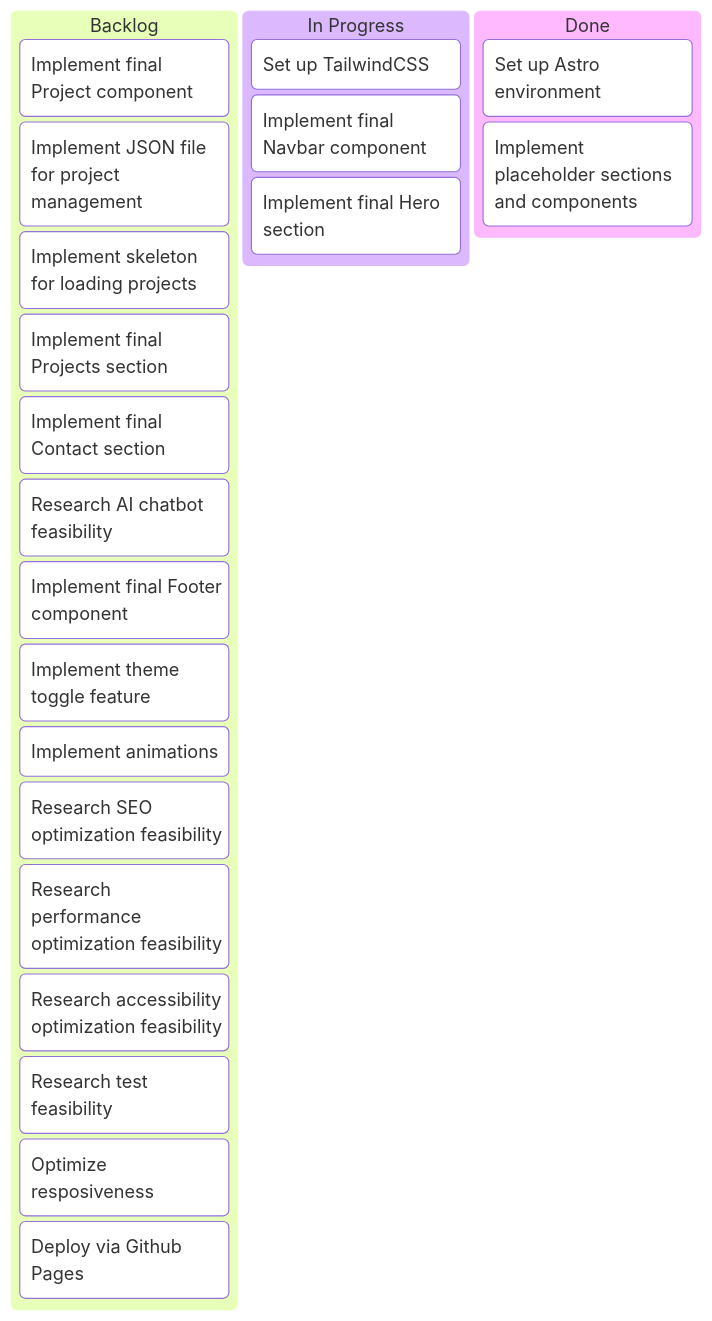
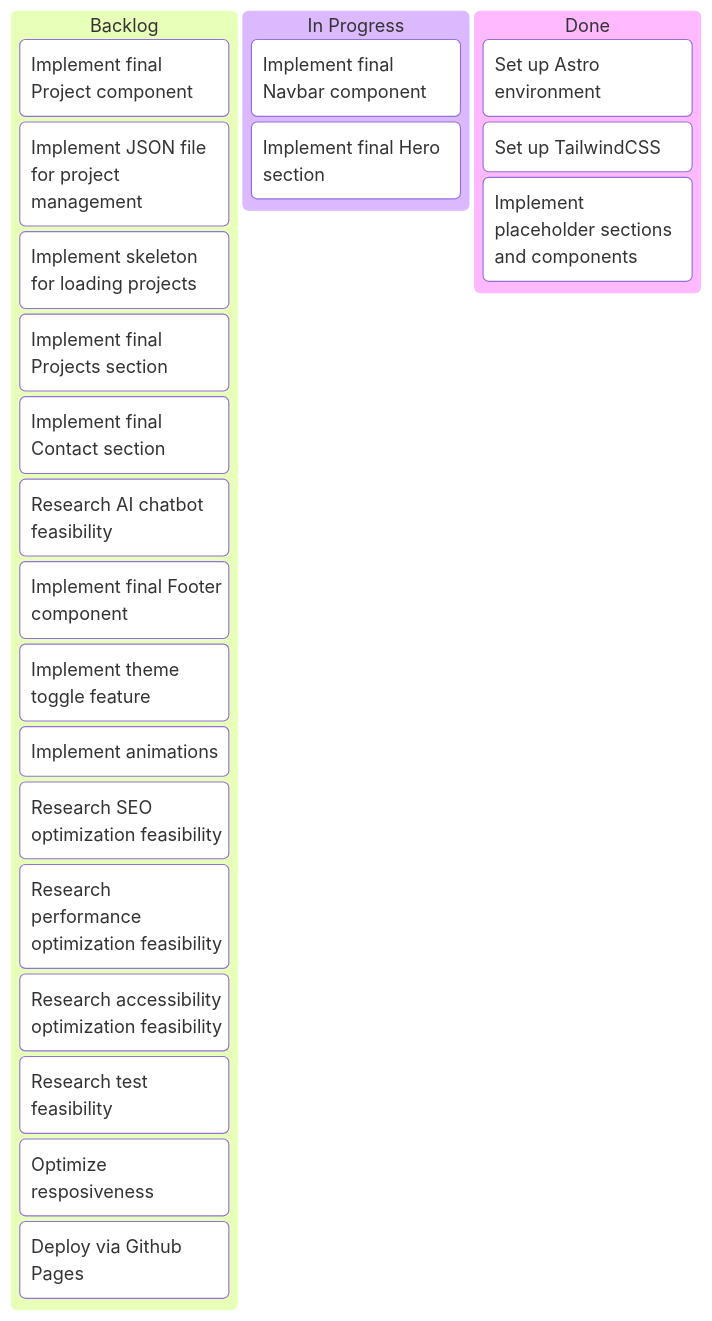
The diagram in docs/kanban.md (CantarinoG/portfolio), drawn with Mermaid before and after one commit. The commit also changed other lines of this file and 5 other files, not shown here.

Commit message:
feat: set up tailwind css integration

````diff
--- a/docs/kanban.md
+++ b/docs/kanban.md
@@ -1,26 +1,26 @@
 ```mermaid
 kanban
   stage1[Backlog]
     card8[Implement final Project component]
     card22[Implement JSON file for project management]
     card10[Implement skeleton for loading projects]
     card11[Implement final Projects section]
     card12[Implement final Contact section]
     card13[Research AI chatbot feasibility]
     card14[Implement final Footer component]
     card15[Implement theme toggle feature]
     card16[Implement animations]
     card17[Research SEO optimization feasibility]
     card18[Research performance optimization feasibility]
     card19[Research accessibility optimization feasibility]
     card21[Research test feasibility]
     card23[Optimize resposiveness]
     card20[Deploy via Github Pages]
   stage2[In Progress]
-    card24[Set up TailwindCSS]
     card6[Implement final Navbar component]
     card7[Implement final Hero section]
   stage3[Done]
     card1[Set up Astro environment]
+    card24[Set up TailwindCSS]
     card5[Implement placeholder sections and components]
 ```
````
